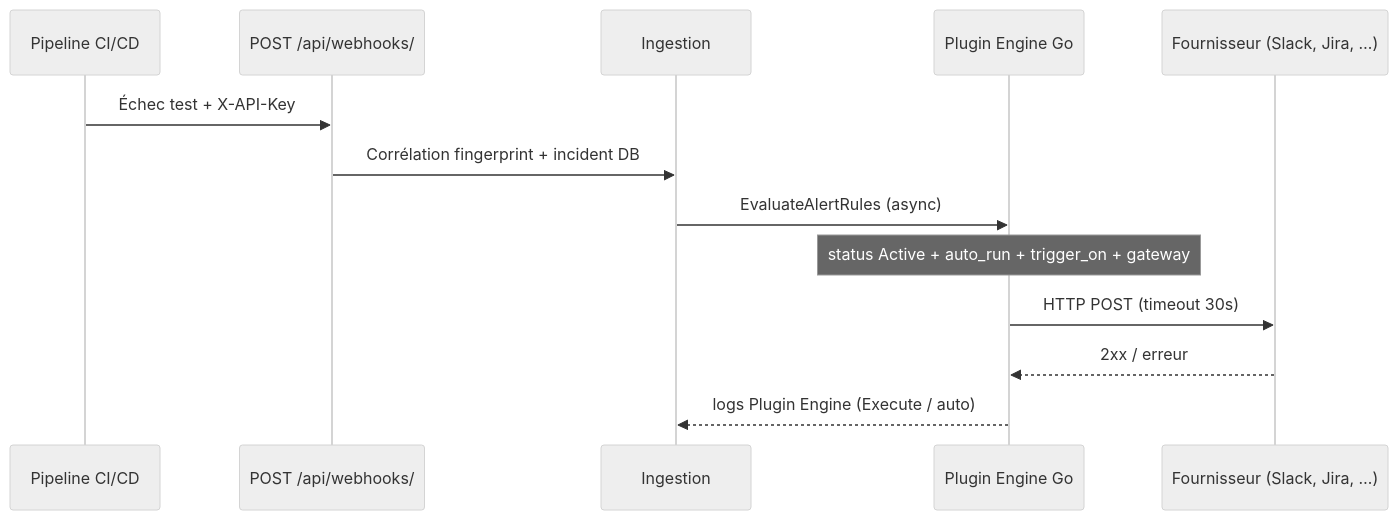
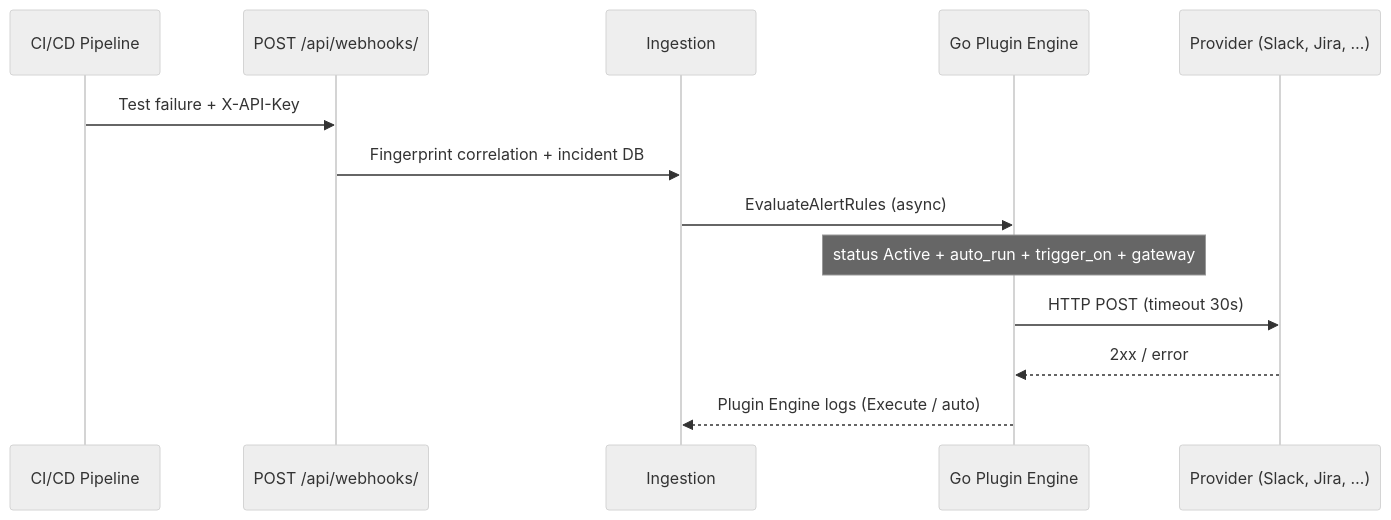
Before and after one commit to QA-Capsule/qa-capsule-community: the diagram in docs/plugins/overview.md, drawn with Mermaid (neutral theme). The commit also changed other lines of this file and 121 other files, not shown here.

````diff
--- a/docs/plugins/overview.md
+++ b/docs/plugins/overview.md
@@ -38,16 +38,16 @@
 ```mermaid
 sequenceDiagram
-  participant CI as Pipeline CI/CD
+  participant CI as CI/CD Pipeline
   participant WH as POST /api/webhooks/
   participant ING as Ingestion
-  participant ENG as Plugin Engine Go
-  participant EXT as Fournisseur (Slack, Jira, …)
+  participant ENG as Go Plugin Engine
+  participant EXT as Provider (Slack, Jira, …)
 
-  CI->>WH: Échec test + X-API-Key
-  WH->>ING: Corrélation fingerprint + incident DB
+  CI->>WH: Test failure + X-API-Key
+  WH->>ING: Fingerprint correlation + incident DB
   ING->>ENG: EvaluateAlertRules (async)
   Note over ENG: status Active + auto_run + trigger_on + gateway
   ENG->>EXT: HTTP POST (timeout 30s)
-  EXT-->>ENG: 2xx / erreur
-  ENG-->>ING: logs Plugin Engine (Execute / auto)
+  EXT-->>ENG: 2xx / error
+  ENG-->>ING: Plugin Engine logs (Execute / auto)
 ```
````
